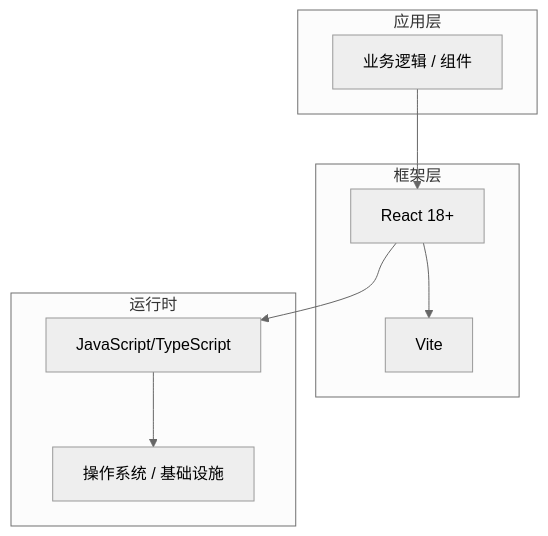
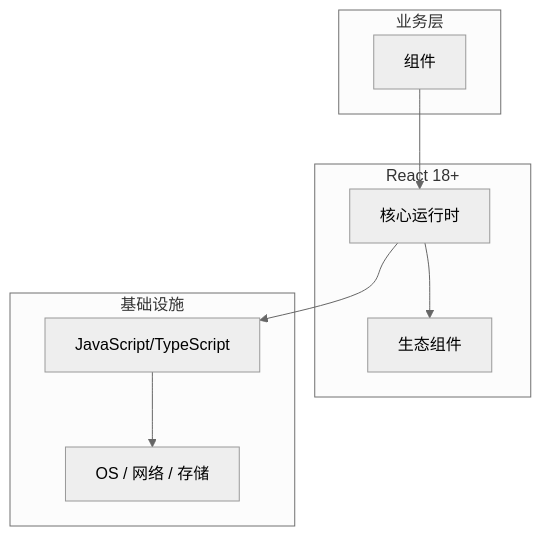
The diagram in articles/React/chapters/025-组件核心概念与原理.md (yanggan2015/knowledge-json-v2), drawn with Mermaid (neutral theme) before and after one commit. The commit also changed other lines of this file and 10127 other files, not shown here.

````diff
--- a/articles/React/chapters/025-组件核心概念与原理.md
+++ b/articles/React/chapters/025-组件核心概念与原理.md
@@ -45,18 +34,18 @@
 ```mermaid
 graph TB
-    subgraph 应用层
-        A[业务逻辑 / 组件]
+    subgraph 业务层
+        A[组件]
     end
-    subgraph 框架层
-        B[React 18+]
-        C[Vite]
+    subgraph React 18+
+        B[核心运行时]
+        C[生态组件]
     end
-    subgraph 运行时
+    subgraph 基础设施
         D[JavaScript/TypeScript]
-        E[操作系统 / 基础设施]
+        E[OS / 网络 / 存储]
     end
     A --> B
     B --> C
     B --> D
     D --> E
 ```
````
